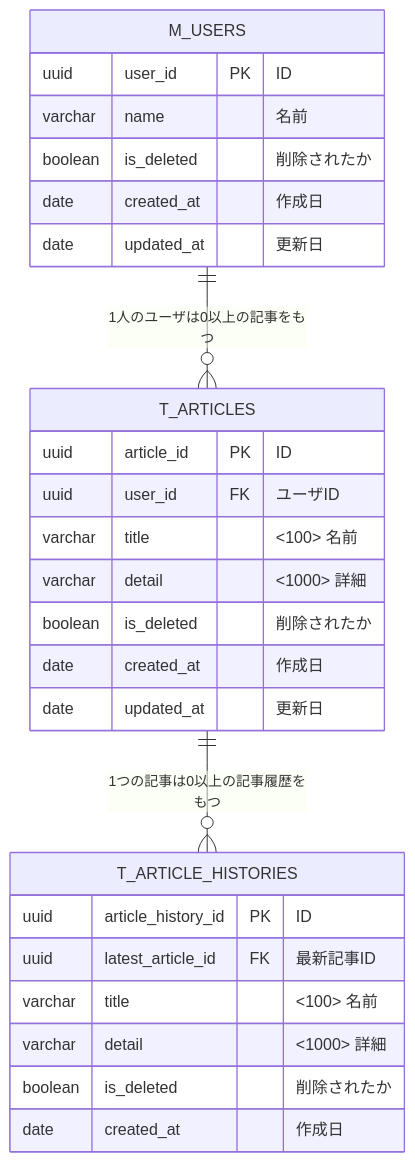
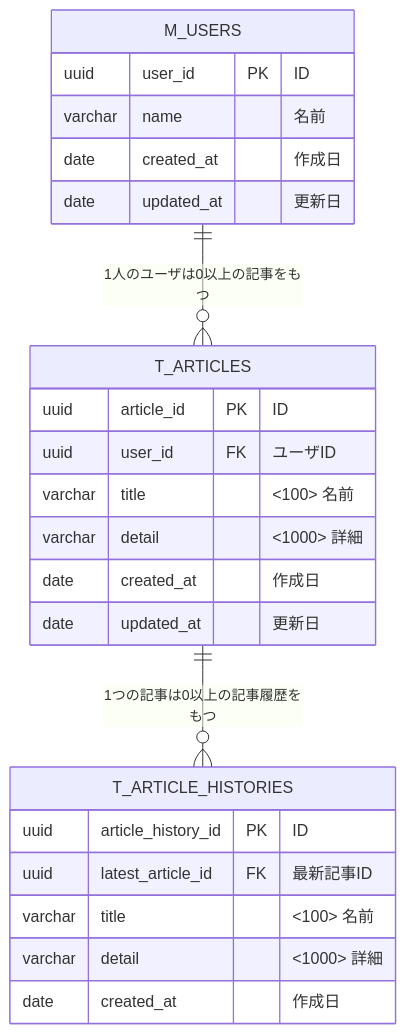
One commit to praha-inc/praha-challenge-7 changed the diagram in F0yWy8HaLlWoST/01_データベース設計/05_DBモデリング5/kadai_01.md. Above: the diagram before and after it, drawn with Mermaid. The commit also changed 5 other files, not shown here.

````diff
--- a/F0yWy8HaLlWoST/01_データベース設計/05_DBモデリング5/kadai_01.md
+++ b/F0yWy8HaLlWoST/01_データベース設計/05_DBモデリング5/kadai_01.md
@@ -5,33 +5,30 @@
 ```mermaid
 erDiagram
 
   M_USERS {
     uuid user_id PK "ID"
     varchar name "<Not null> 名前"
-    boolean is_deleted "<Not null> 削除されたか"
     date created_at "<Not null> 作成日"
     date updated_at "<Not null> 更新日"
   }
 
   T_ARTICLES {
     uuid article_id PK "ID"
     uuid user_id FK "<Not null> ユーザID"
     varchar title "<Not null><100> 名前"
     varchar detail "<Not null><1000> 詳細"
-    boolean is_deleted "<Not null> 削除されたか"
     date created_at "<Not null> 作成日"
     date updated_at "<Not null> 更新日"
   }
 
   T_ARTICLE_HISTORIES {
     uuid article_history_id PK "ID"
     uuid latest_article_id FK "<Not null> 最新記事ID"
     varchar title "<Not null><100> 名前"
     varchar detail "<Not null><1000> 詳細"
-    boolean is_deleted "<Not null> 削除されたか"
     date created_at "<Not null> 作成日"
   }
 
   M_USERS ||--o{ T_ARTICLES: "1人のユーザは0以上の記事をもつ"
   T_ARTICLES ||--o{ T_ARTICLE_HISTORIES: "1つの記事は0以上の記事履歴をもつ"
 ```
````
